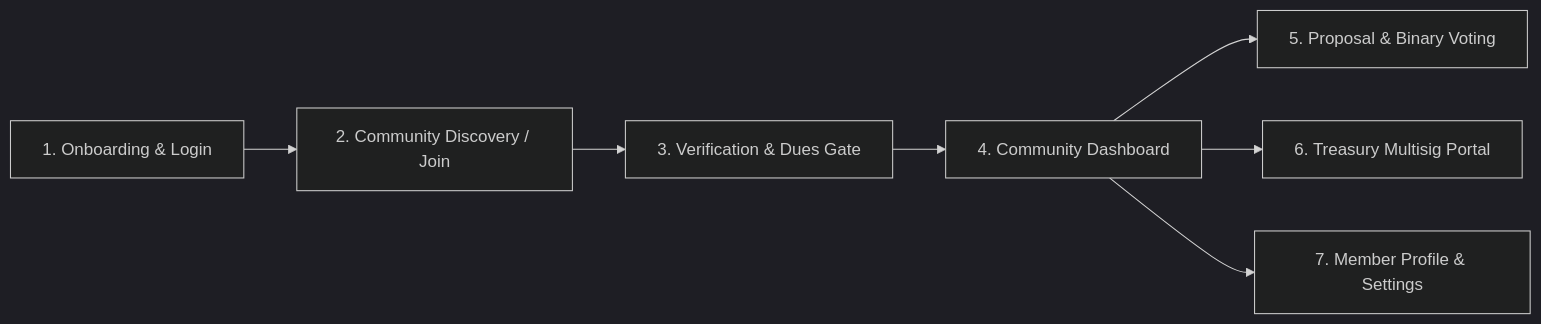
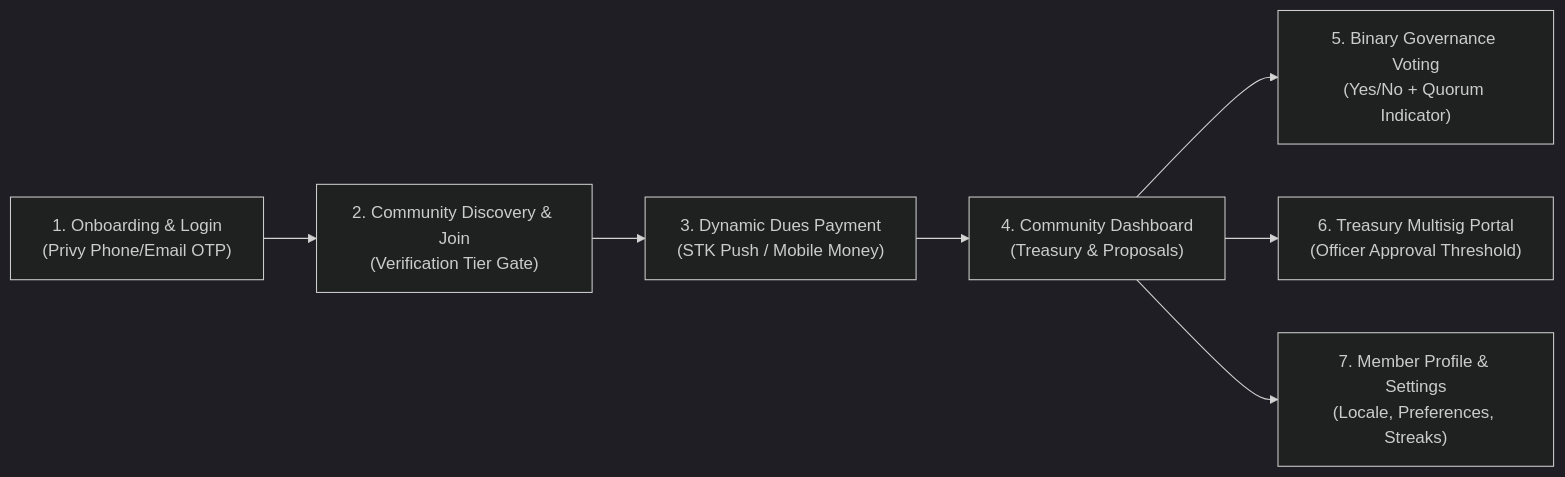
Before and after one commit to Azizudinly/baraza-protocol: the diagram in FRONTEND_INTEGRATION_PRD.md, drawn with Mermaid (dark theme). The commit also changed other lines of this file and 2 other files, not shown here.

````diff
--- a/FRONTEND_INTEGRATION_PRD.md
+++ b/FRONTEND_INTEGRATION_PRD.md
@@ -17,9 +17,9 @@
 ```mermaid
 flowchart LR
-    A["1. Onboarding & Login"] --> B["2. Community Discovery / Join"]
-    B --> C["3. Verification & Dues Gate"]
-    C --> D["4. Community Dashboard"]
-    D --> E["5. Proposal & Binary Voting"]
-    D --> F["6. Treasury Multisig Portal"]
-    D --> G["7. Member Profile & Settings"]
+    A["1. Onboarding & Login\n(Privy Phone/Email OTP)"] --> B["2. Community Discovery & Join\n(Verification Tier Gate)"]
+    B --> C["3. Dynamic Dues Payment\n(STK Push / Mobile Money)"]
+    C --> D["4. Community Dashboard\n(Treasury & Proposals)"]
+    D --> E["5. Binary Governance Voting\n(Yes/No + Quorum Indicator)"]
+    D --> F["6. Treasury Multisig Portal\n(Officer Approval Threshold)"]
+    D --> G["7. Member Profile & Settings\n(Locale, Preferences, Streaks)"]
 ```
````
